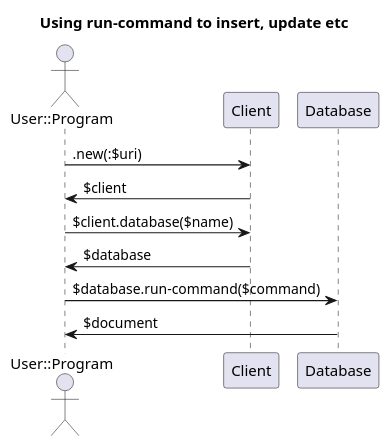
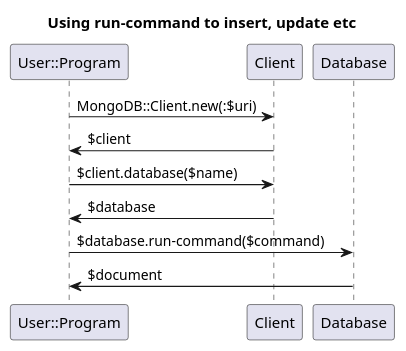
The second of 3 diagrams in doc/Design/design.md (MARTIMM/raku-mongodb-driver), drawn with PlantUML before and after one commit. The commit also changed other lines of this file and 1 other file, not shown here.

````diff
--- a/doc/Design/design.md
+++ b/doc/Design/design.md
@@ -48,16 +47,16 @@
 ```plantuml
 title "Using run-command to insert, update etc"
 
-Actor "User::Program" as UP
+participant UP as "User::Program"
 participant Cl as "Client"
 participant Da as "Database"
 'participant Co as "Collection"
 
-UP -> Cl : .new(:$uri)
+UP -> Cl : MongoDB::Client.new(:$uri)
 Cl -> UP : $client
 UP -> Cl : $client.database($name)
 Cl -> UP : $database
 UP -> Da : $database.run-command($command)
 Da -> UP : $document
 
 ```
````
